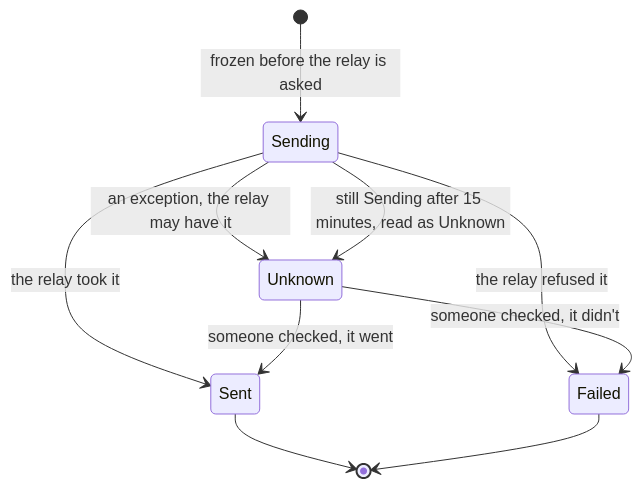
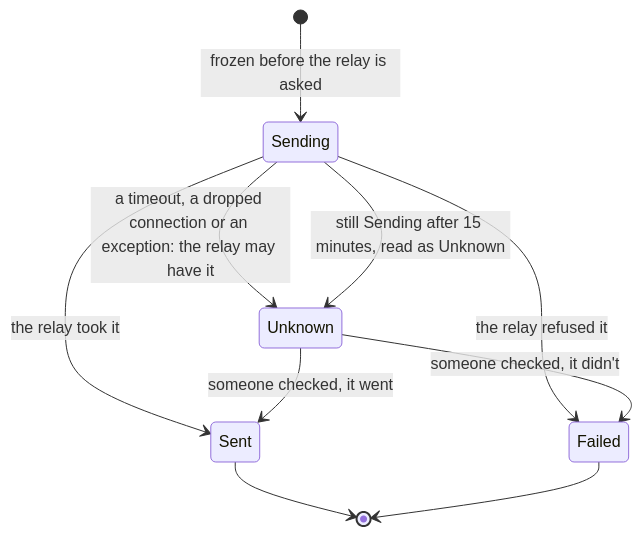
The second of 5 diagrams in docs/workflows/distribution.md (jashley92/Tide), drawn with Mermaid before and after one commit. The commit also changed other lines of this file and 84 other files, not shown here.

````diff
--- a/docs/workflows/distribution.md
+++ b/docs/workflows/distribution.md
@@ -162,12 +162,12 @@
 ```mermaid
 stateDiagram-v2
     [*] --> Sending: frozen before the relay is asked
     Sending --> Sent: the relay took it
     Sending --> Failed: the relay refused it
-    Sending --> Unknown: an exception, the relay may have it
+    Sending --> Unknown: a timeout, a dropped connection or an exception: the relay may have it
     Sending --> Unknown: still Sending after 15 minutes, read as Unknown
     Unknown --> Sent: someone checked, it went
     Unknown --> Failed: someone checked, it didn't
     Sent --> [*]
     Failed --> [*]
 ```
````
